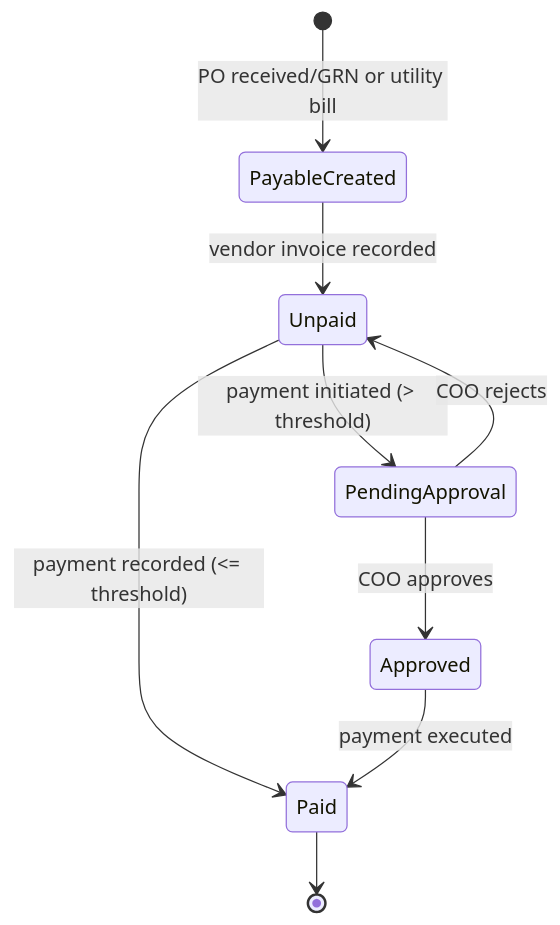
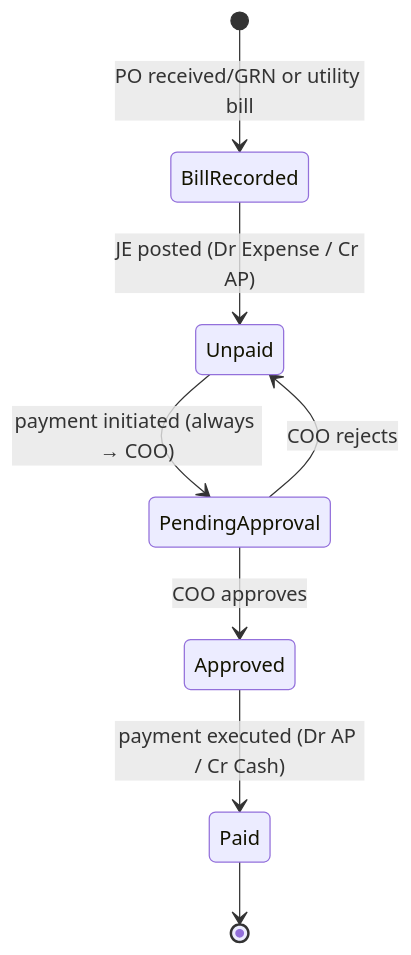
One commit to Hawk8066/BECS-Analytics-LIMS changed the second of 4 diagrams in docs/modules/06-finance-and-payroll.md. Above: the diagram before and after it, drawn with Mermaid. The commit also changed other lines of this file, not shown here.

````diff
--- a/docs/modules/06-finance-and-payroll.md
+++ b/docs/modules/06-finance-and-payroll.md
@@ -116,11 +120,10 @@
 ```mermaid
 stateDiagram-v2
-    [*] --> PayableCreated: PO received/GRN or utility bill
-    PayableCreated --> Unpaid: vendor invoice recorded
-    Unpaid --> PendingApproval: payment initiated (> threshold)
-    Unpaid --> Paid: payment recorded (<= threshold)
+    [*] --> BillRecorded: PO received/GRN or utility bill
+    BillRecorded --> Unpaid: JE posted (Dr Expense / Cr AP)
+    Unpaid --> PendingApproval: payment initiated (always → COO)
     PendingApproval --> Approved: COO approves
     PendingApproval --> Unpaid: COO rejects
-    Approved --> Paid: payment executed
+    Approved --> Paid: payment executed (Dr AP / Cr Cash)
     Paid --> [*]
 ```
````
